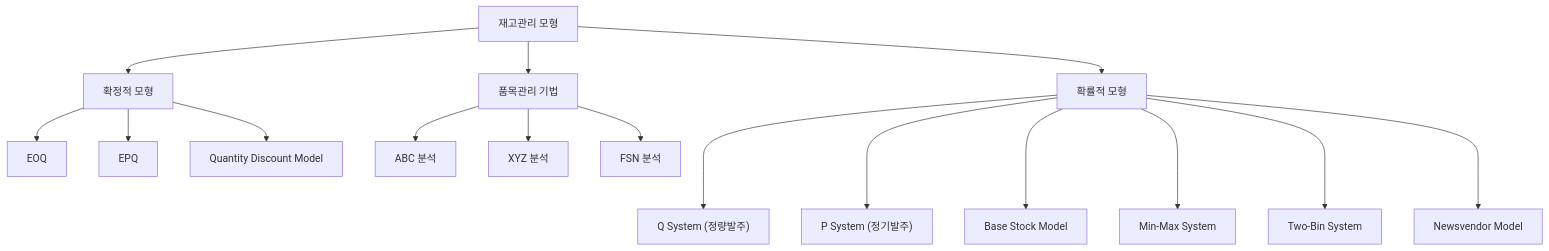
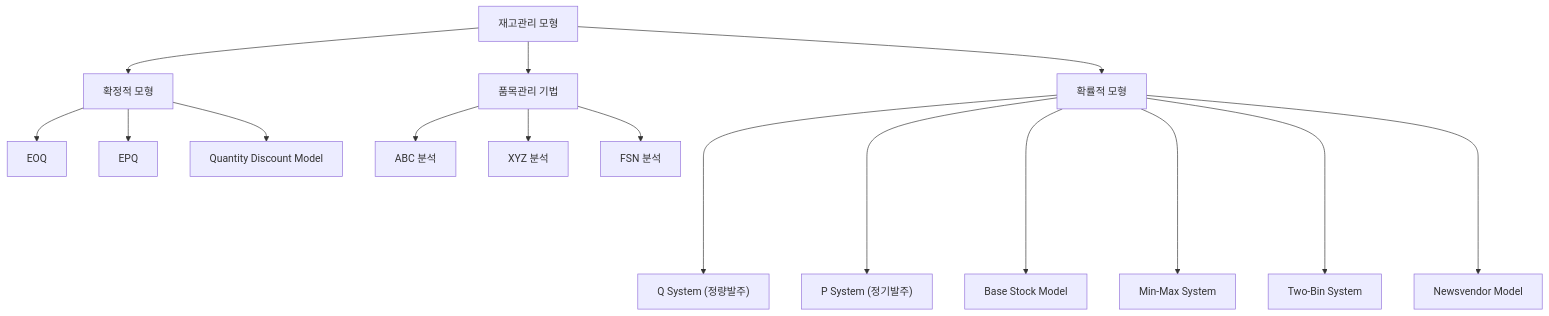
One commit to yeonkyupark/pepc3e changed the fourth of 4 diagrams in docs/0204_logistics_material_and_inventory_management.md. Above: the diagram before and after it, drawn with Mermaid.

````diff
--- a/docs/0204_logistics_material_and_inventory_management.md
+++ b/docs/0204_logistics_material_and_inventory_management.md
@@ -354,24 +354,24 @@
 ```mermaid
 flowchart TB
 
     A["재고관리 모형"]
 
     A --> B["확정적 모형"]
     A --> C["확률적 모형"]
     A --> D["품목관리 기법"]
 
     B --> B1["EOQ"]
     B --> B2["EPQ"]
     B --> B3["Quantity Discount Model"]
 
-    C ---> C1["Q System (정량발주)"]
-    C ---> C2["P System (정기발주)"]
-    C ---> C3["Base Stock Model"]
-    C ---> C4["Min-Max System"]
-    C ---> C5["Two-Bin System"]
-    C ---> C6["Newsvendor Model"]
+    C -----> C1["Q System (정량발주)"]
+    C -----> C2["P System (정기발주)"]
+    C -----> C3["Base Stock Model"]
+    C -----> C4["Min-Max System"]
+    C -----> C5["Two-Bin System"]
+    C -----> C6["Newsvendor Model"]
 
     D --> D1["ABC 분석"]
     D --> D2["XYZ 분석"]
     D --> D3["FSN 분석"]
 ```
````
